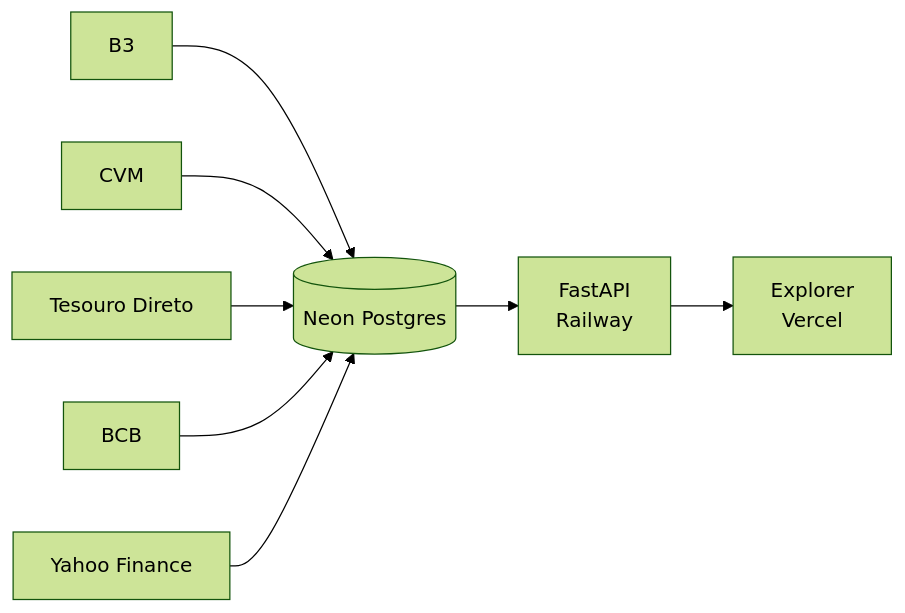
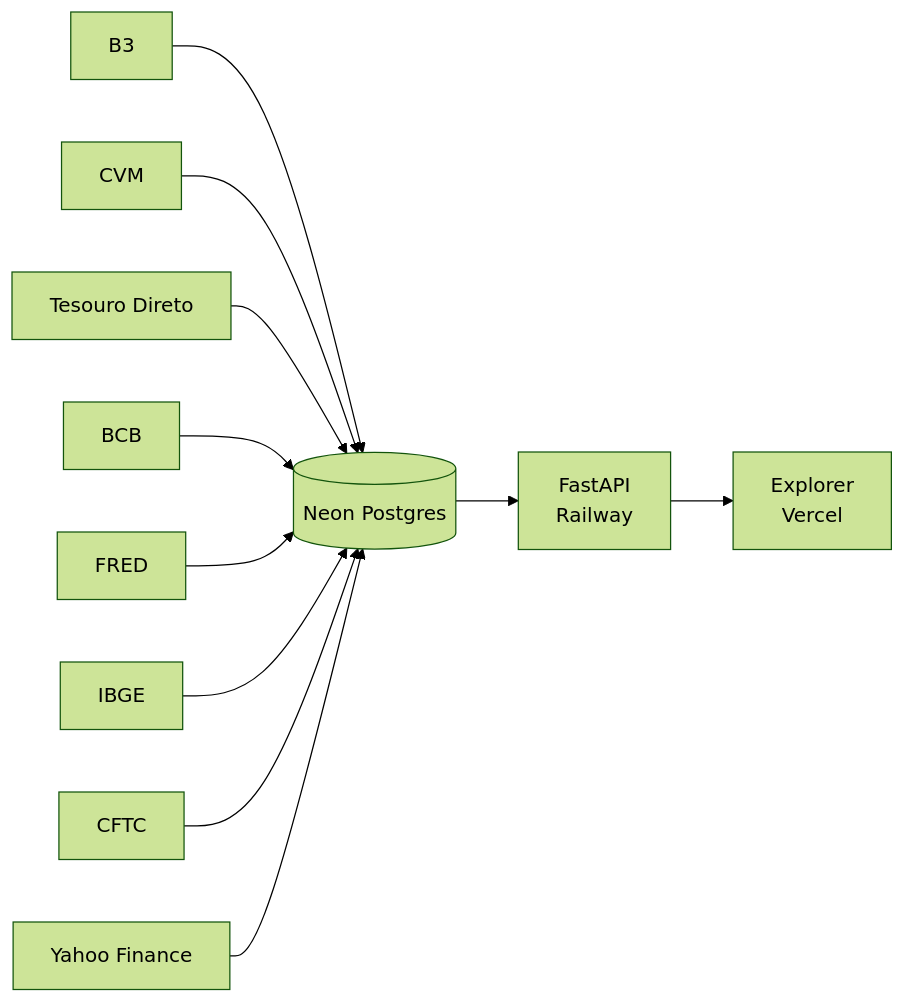
Before and after one commit to celowiz/open-market-data: the diagram in README.md, drawn with Mermaid (forest theme). The commit also changed 76 other files, not shown here.

First line of the commit message:
Add scratch-filtered B3 lending, FRED/IBGE macro, events, and COT/13F (#26)

````diff
--- a/README.md
+++ b/README.md
@@ -57,20 +57,26 @@
 ```mermaid
 flowchart LR
   B3[B3]
   CVM[CVM]
   Tesouro[Tesouro Direto]
   BCB[BCB]
+  FRED[FRED]
+  IBGE[IBGE]
+  CFTC[CFTC]
   Yahoo[Yahoo Finance]
 
   Neon[(Neon Postgres)]
   API["FastAPI\nRailway"]
   Explorer["Explorer\nVercel"]
 
   B3 --> Neon
   CVM --> Neon
   Tesouro --> Neon
   BCB --> Neon
+  FRED --> Neon
+  IBGE --> Neon
+  CFTC --> Neon
   Yahoo --> Neon
   Neon --> API
   API --> Explorer
 ```
````
